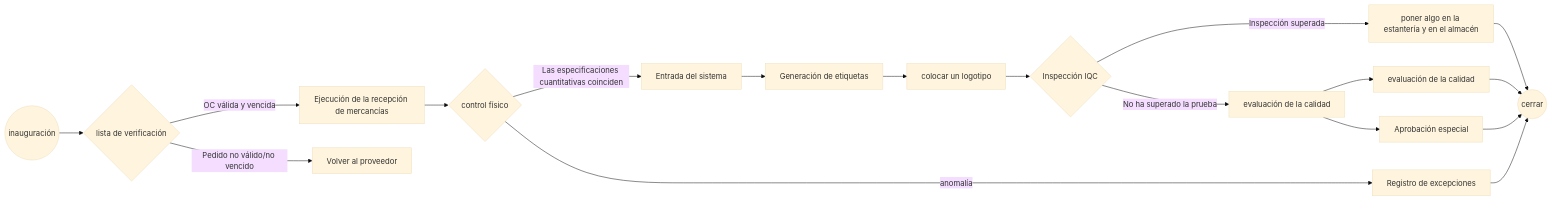
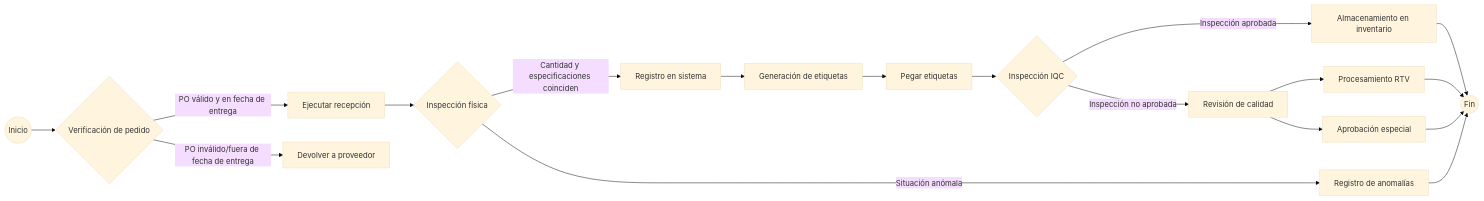
Before and after one commit to dlelyw/VTX_6501: the diagram in files/Material Receiving_ESP.md, drawn with Mermaid (base theme). The commit also changed other lines of this file and 14 other files, not shown here.

````diff
--- a/files/Material Receiving_ESP.md
+++ b/files/Material Receiving_ESP.md
@@ -6,20 +5,20 @@
 ```mermaid
 flowchart LR
-    A((inauguración)) --> B{lista de verificación}
-    B -->|OC válida y vencida| C[Ejecución de la recepción de mercancías]
-    B -->|Pedido no válido/no vencido| D[Volver al proveedor]
-    C --> E{control físico}
-    E -->|Las especificaciones cuantitativas coinciden| F[Entrada del sistema]
-    E -->|anomalía| G[Registro de excepciones]
+    A((Inicio)) --> B{Verificación de pedido}
+    B -->|PO válido y en fecha de entrega| C[Ejecutar recepción]
+    B -->|PO inválido/fuera de fecha de entrega| D[Devolver a proveedor]
+    C --> E{Inspección física}
+    E -->|Cantidad y especificaciones coinciden| F[Registro en sistema]
+    E -->|Situación anómala| G[Registro de anomalías]
     F --> H[Generación de etiquetas]
-    H --> I[colocar un logotipo]
+    H --> I[Pegar etiquetas]
     I --> J{Inspección IQC}
-    J -->|Inspección superada| K[poner algo en la estantería y en el almacén]
-    J -->|No ha superado la prueba| L[evaluación de la calidad]
-    L --> M[evaluación de la calidad]
+    J -->|Inspección aprobada| K[Almacenamiento en inventario]
+    J -->|Inspección no aprobada| L[Revisión de calidad]
+    L --> M[Procesamiento RTV]
     L --> N[Aprobación especial]
-    K --> O((cerrar))
+    K --> O((Fin))
     M --> O
     N --> O
     G --> O
 ```
````
